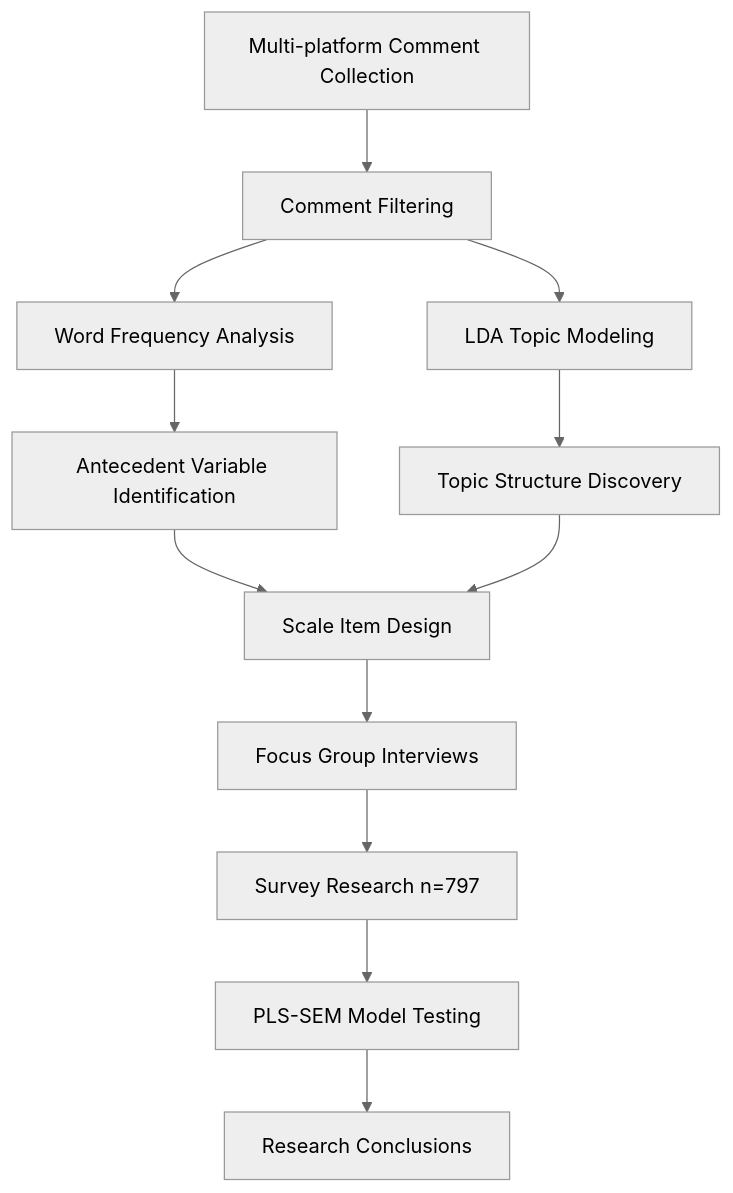
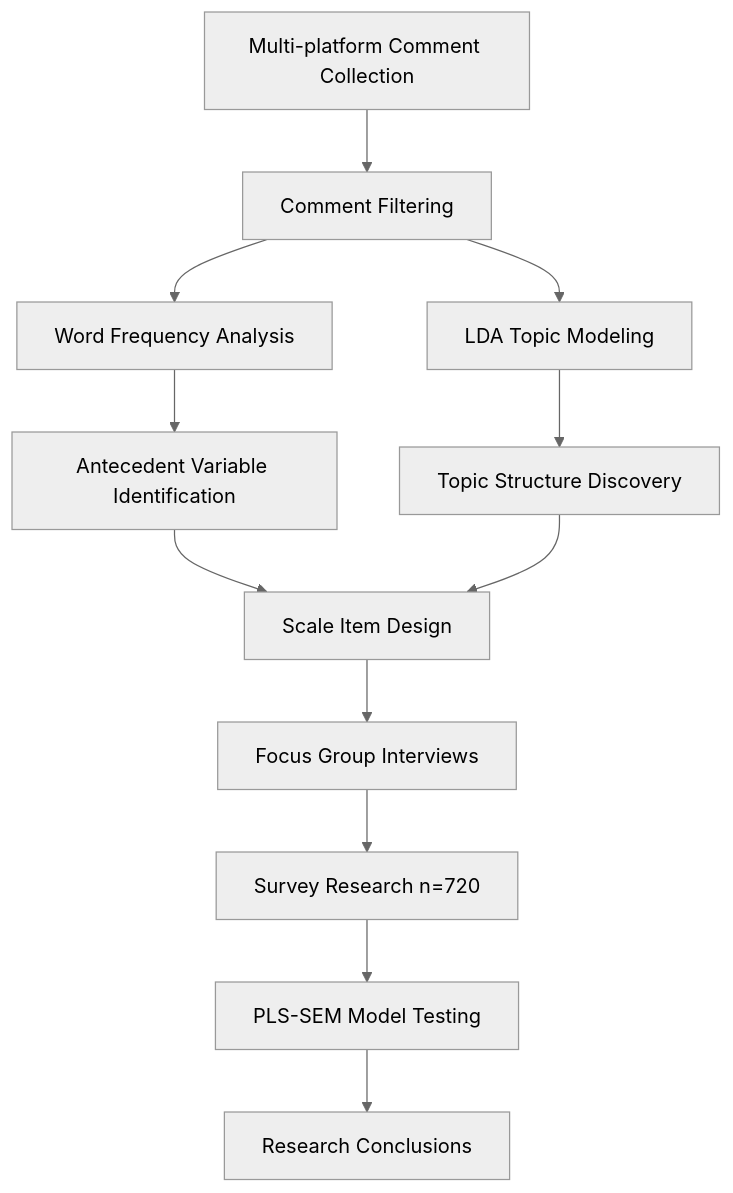
The diagram in README.md (AicbLab/social-agent-elys), drawn with Mermaid (neutral theme) before and after one commit. The commit also changed other lines of this file and 5 other files, not shown here.

````diff
--- a/README.md
+++ b/README.md
@@ -69,14 +60,14 @@
 ```mermaid
 graph TB
     A[Multi-platform Comment Collection] --> B[Comment Filtering]
     B --> C[Word Frequency Analysis]
     B --> D[LDA Topic Modeling]
     C --> E[Antecedent Variable Identification]
     D --> F[Topic Structure Discovery]
     E --> G[Scale Item Design]
     F --> G
     G --> H[Focus Group Interviews]
-    H --> I[Survey Research n=797]
+    H --> I[Survey Research n=720]
     I --> J[PLS-SEM Model Testing]
     J --> K[Research Conclusions]
 ```
````
